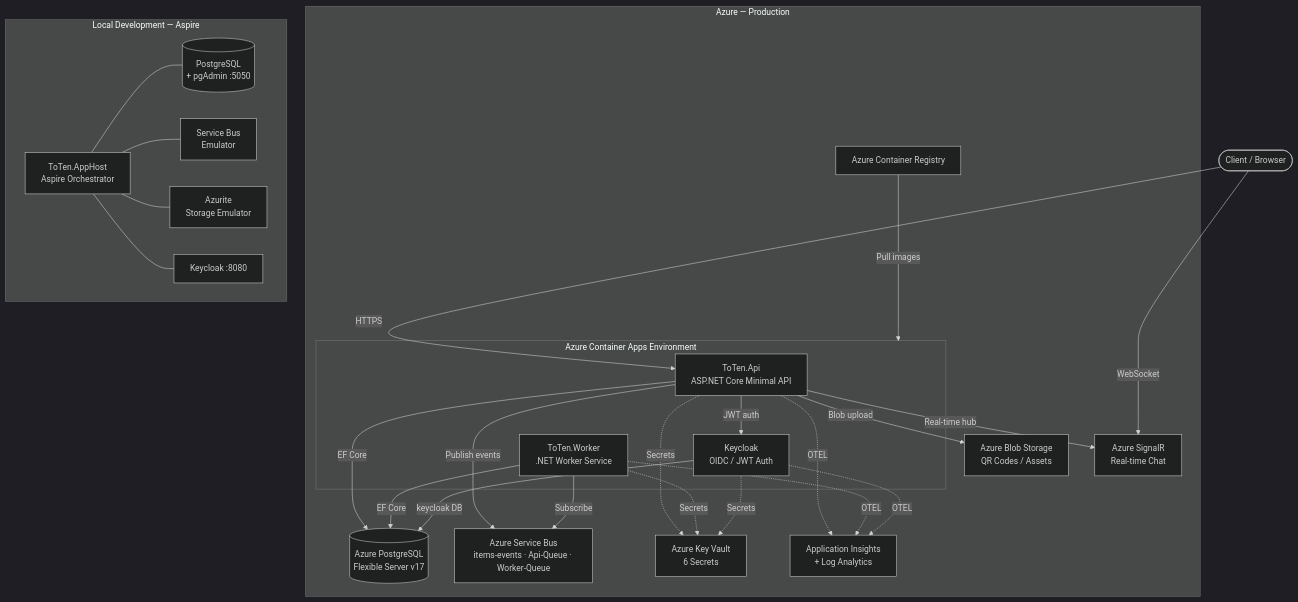
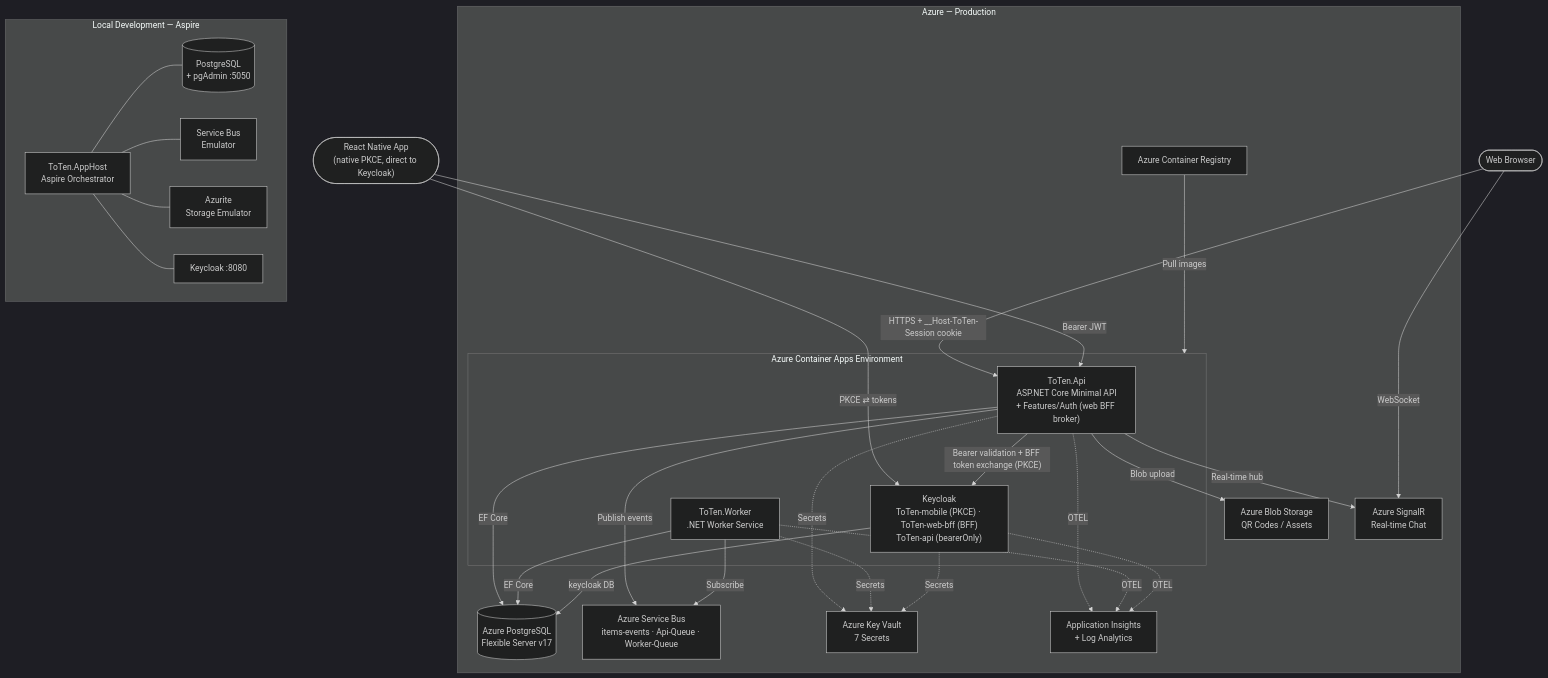
Before and after one commit to kekcoke/ToTen: the second of 2 diagrams in README.md, drawn with Mermaid (dark theme). The commit also changed other lines of this file and 3 other files, not shown here.

First line of the commit message:
docs: document dual auth architecture and resolve finding 1.8

````diff
--- a/README.md
+++ b/README.md
@@ -362,42 +364,45 @@
 ```mermaid
 graph TB
-    Client([Client / Browser])
+    Client([Web Browser])
+    Mobile(["React Native App\n(native PKCE, direct to Keycloak)"])
 
     subgraph azure["Azure — Production"]
         subgraph ACA["Azure Container Apps Environment"]
-            API["ToTen.Api\nASP.NET Core Minimal API"]
+            API["ToTen.Api\nASP.NET Core Minimal API\n+ Features/Auth (web BFF broker)"]
             Worker["ToTen.Worker\n.NET Worker Service"]
-            KC["Keycloak\nOIDC / JWT Auth"]
+            KC["Keycloak\nToTen-mobile (PKCE) · ToTen-web-bff (BFF)\nToTen-api (bearerOnly)"]
         end
         PG[("Azure PostgreSQL\nFlexible Server v17")]
         SB["Azure Service Bus\nitems-events · Api-Queue · Worker-Queue"]
         STOR["Azure Blob Storage\nQR Codes / Assets"]
         SR["Azure SignalR\nReal-time Chat"]
-        KV["Azure Key Vault\n6 Secrets"]
+        KV["Azure Key Vault\n7 Secrets"]
         ACR["Azure Container Registry"]
         AI["Application Insights\n+ Log Analytics"]
     end
 
     subgraph local["Local Development — Aspire"]
         AppHost["ToTen.AppHost\nAspire Orchestrator"]
         PG_L[("PostgreSQL\n+ pgAdmin :5050")]
         SB_L["Service Bus\nEmulator"]
         AZ_L["Azurite\nStorage Emulator"]
         KC_L["Keycloak :8080"]
     end
 
-    Client -->|HTTPS| API
+    Client -->|"HTTPS + __Host-ToTen-Session cookie"| API
     Client -->|WebSocket| SR
-    API -->|JWT auth| KC
+    Mobile -->|"PKCE ⇄ tokens"| KC
+    Mobile -->|Bearer JWT| API
+    API -->|"Bearer validation + BFF token exchange (PKCE)"| KC
     API -->|EF Core| PG
     API -->|Publish events| SB
     API -->|Blob upload| STOR
     API -->|Real-time hub| SR
     Worker -->|Subscribe| SB
     Worker -->|EF Core| PG
     KC -->|keycloak DB| PG
     API & Worker & KC -.->|Secrets| KV
     API & Worker & KC -.->|OTEL| AI
     ACR -->|Pull images| ACA
     AppHost --- PG_L & SB_L & AZ_L & KC_L
 ```
````
